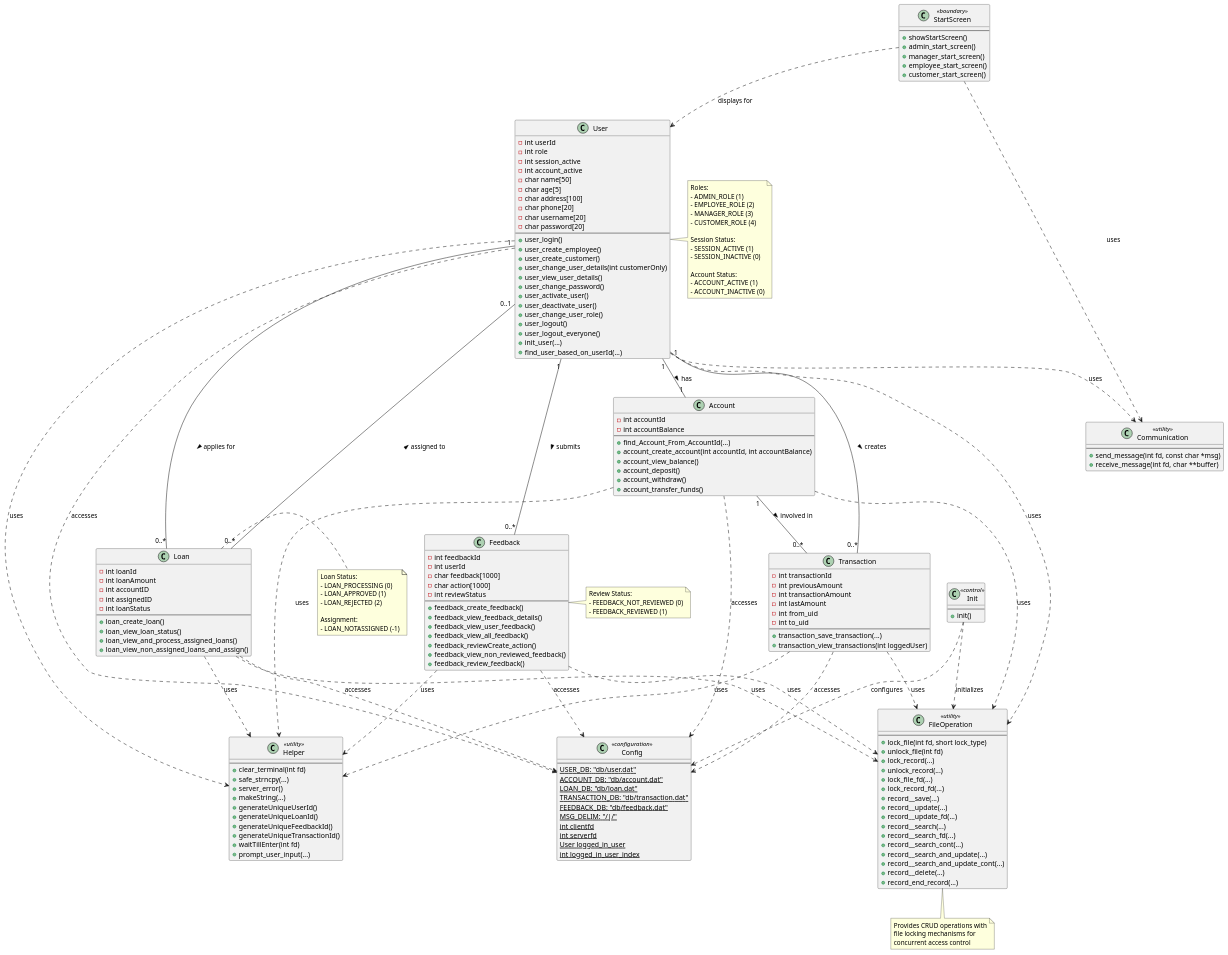
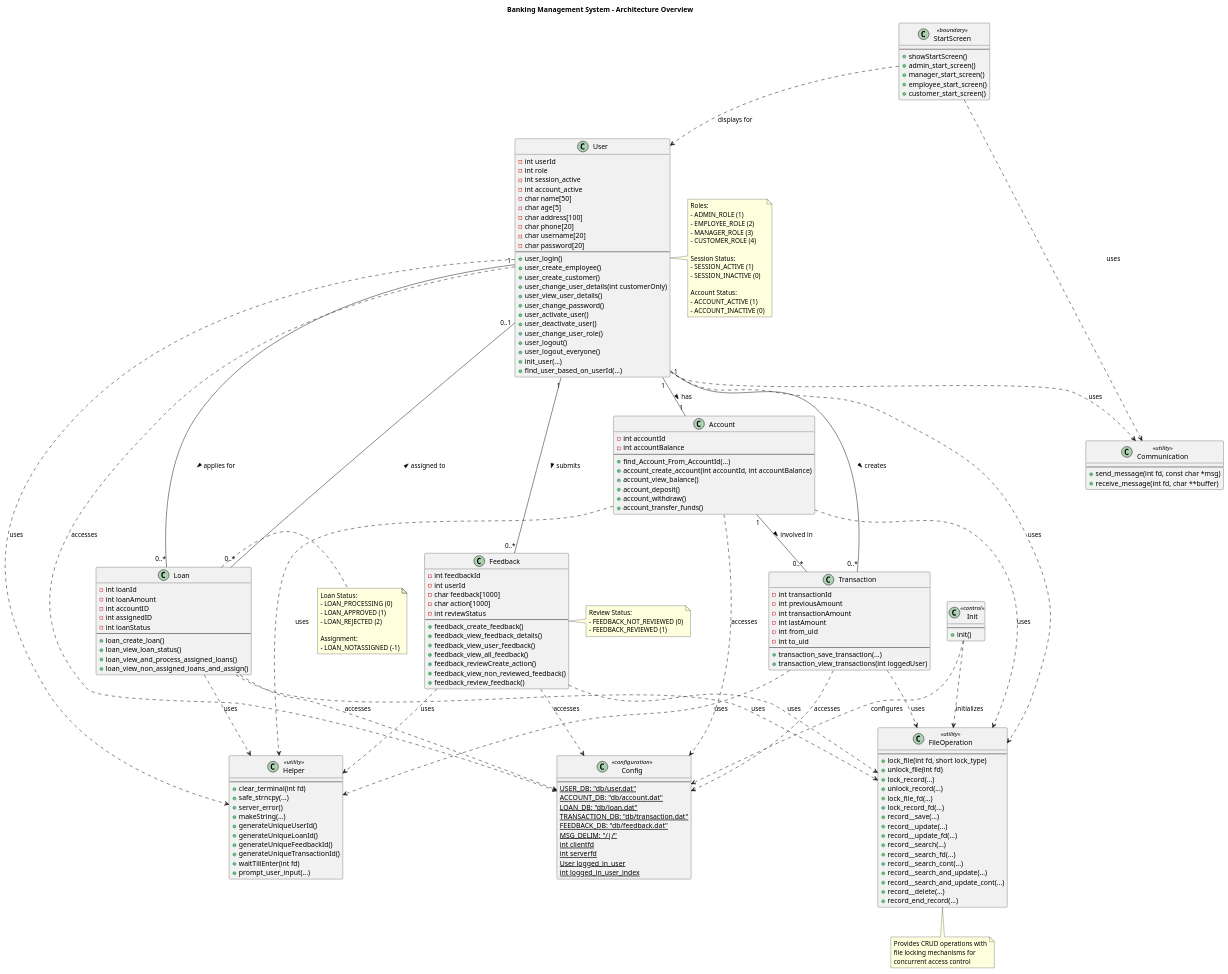
Before and after one commit to paragkatoch/Bank-Management-System: the diagram in doc/class_diagram.puml, drawn with PlantUML. The commit also changed 13 other files, not shown here.

```diff
--- a/doc/class_diagram.puml
+++ b/doc/class_diagram.puml
@@ -1,4 +1,22 @@
 @startuml Banking Management System - Class Diagram
+
+' ============================================================================
+' Banking Management System - UML Class Diagram
+' Last Updated: October 31, 2025
+' 
+' Documentation Links:
+' - Main README: ../README.md
+' - Quick Start: QUICK_START.md
+' - Flowcharts: flowchart.md
+' - Workflow: ../workflow.c
+' 
+' View this diagram:
+' 1. VS Code: Install PlantUML extension, press Alt+D (Option+D on Mac)
+' 2. Online: https://www.plantuml.com/plantuml/uml/
+' 3. CLI: plantuml class_diagram.puml
+' ============================================================================
+
+title Banking Management System - Architecture Overview
 
 ' ===================================
 ' Entity Classes (Data Models)
```
